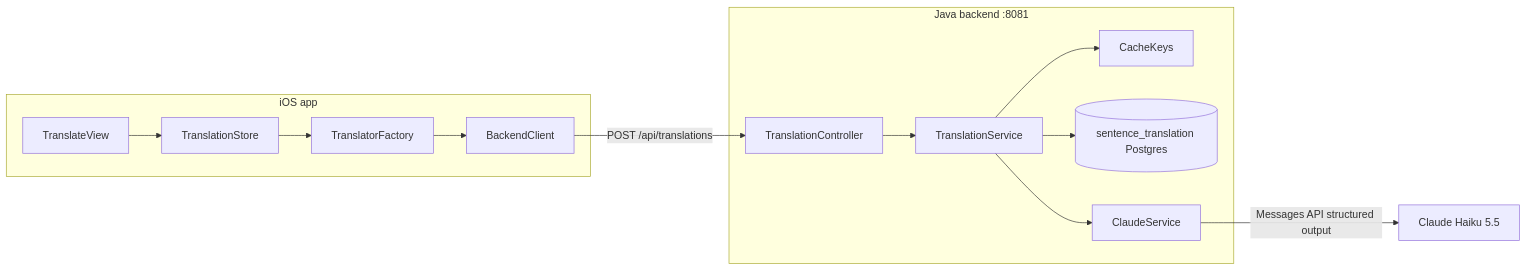
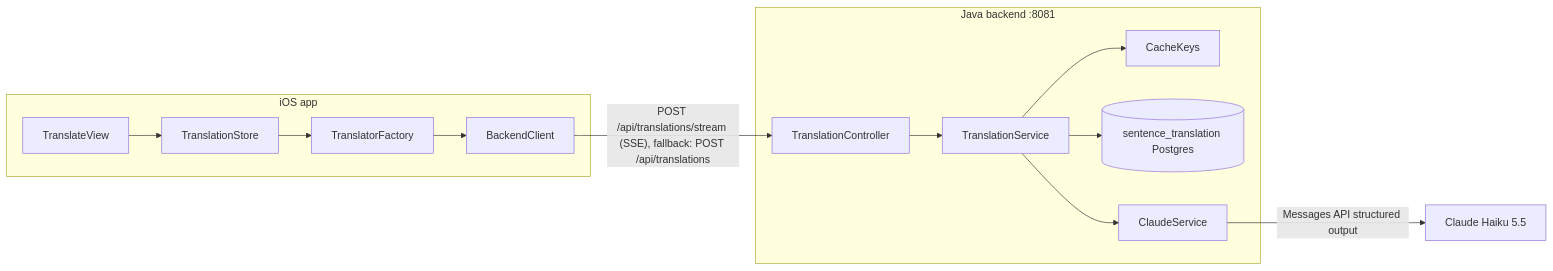
One commit to tranphuocloc070699/saynata changed the first of 3 diagrams in backlog/docs/features/doc-4 - Sentence-translation.md. Above: the diagram before and after it, drawn with Mermaid. The commit also changed other lines of this file and 26 other files, not shown here.

Commit message:
TASK-65: stream sentence answers (SSE) so the meaning shows first

````diff
--- a/backlog/docs/features/doc-4 - Sentence-translation.md
+++ b/backlog/docs/features/doc-4 - Sentence-translation.md
@@ -21,16 +21,16 @@
 ```mermaid
 flowchart LR
     subgraph iOS["iOS app"]
         V[TranslateView] --> S[TranslationStore]
         S --> F[TranslatorFactory]
         F --> B[BackendClient]
     end
     subgraph API["Java backend :8081"]
         C[TranslationController] --> T[TranslationService]
         T --> K[CacheKeys]
         T --> R[(sentence_translation Postgres)]
         T --> CS[ClaudeService]
     end
-    B -- "POST /api/translations" --> C
+    B -- "POST /api/translations/stream (SSE), fallback: POST /api/translations" --> C
     CS -- "Messages API structured output" --> CL[Claude Haiku 5.5]
 ```
````
